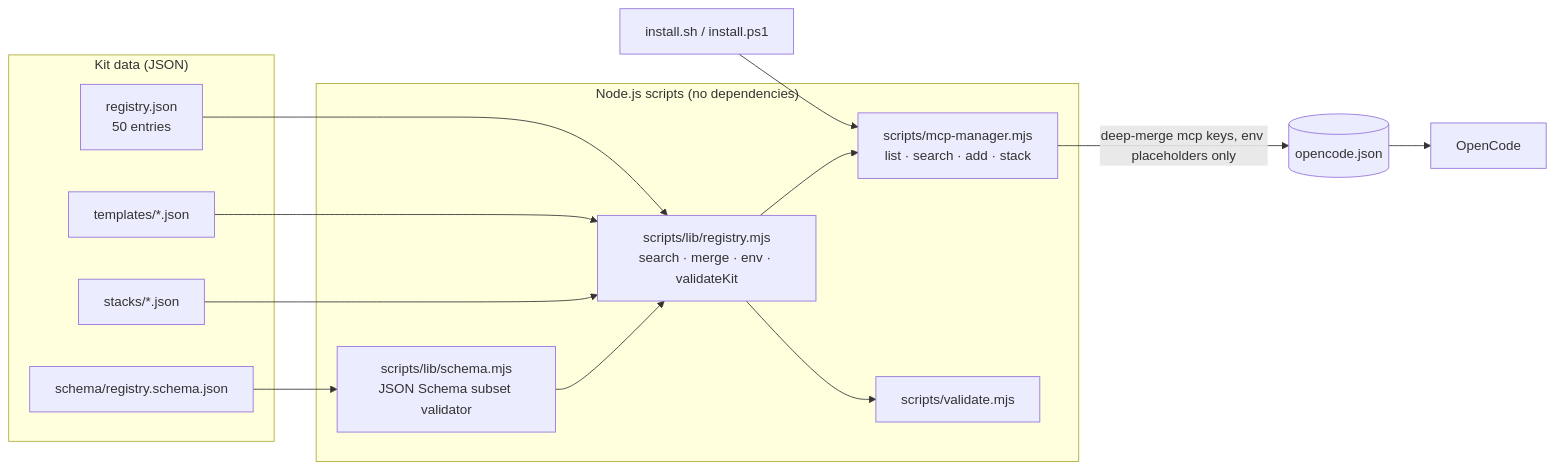
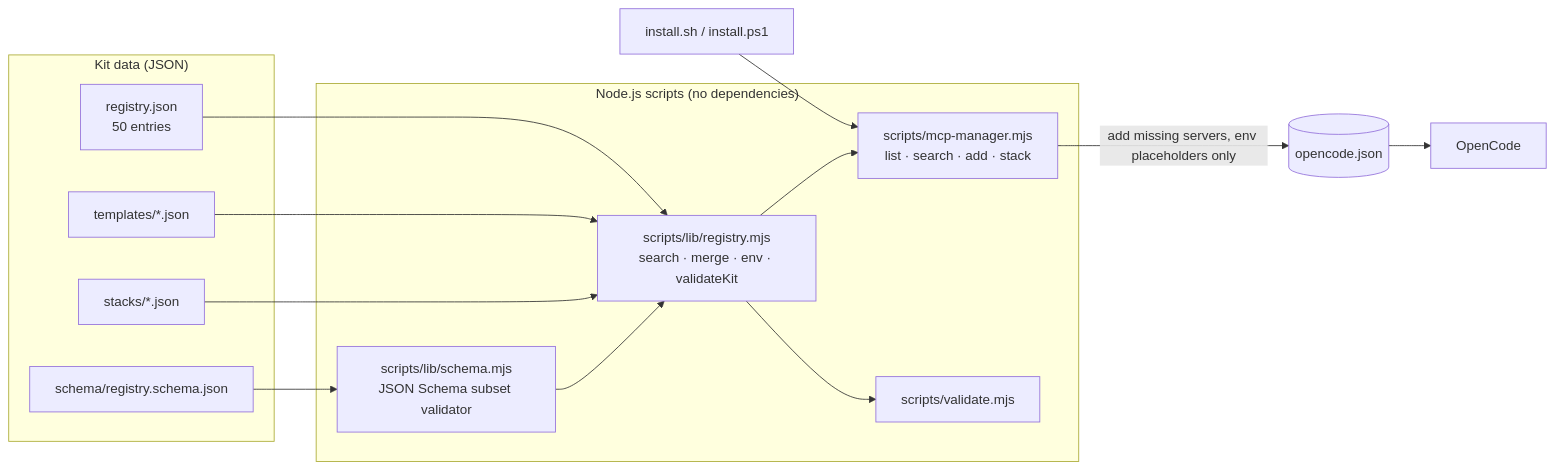
One commit to ai-dev-2024/opencode-superapp changed the diagram in README.md. Above: the diagram before and after it, drawn with Mermaid. The commit also changed other lines of this file and 7 other files, not shown here.

````diff
--- a/README.md
+++ b/README.md
@@ -142,24 +143,24 @@
 ```mermaid
 flowchart LR
   subgraph Data["Kit data (JSON)"]
     R[registry.json<br/>50 entries]
     S[schema/registry.schema.json]
     T["templates/*.json"]
     K["stacks/*.json"]
   end
   subgraph Code["Node.js scripts (no dependencies)"]
     L[scripts/lib/registry.mjs<br/>search · merge · env · validateKit]
     V[scripts/lib/schema.mjs<br/>JSON Schema subset validator]
     M[scripts/mcp-manager.mjs<br/>list · search · add · stack]
     VA[scripts/validate.mjs]
   end
   I[install.sh / install.ps1] --> M
   R --> L
   T --> L
   K --> L
   S --> V --> L
   L --> M
   L --> VA
-  M -->|"deep-merge mcp keys, env placeholders only"| O[("opencode.json")]
+  M -->|"add missing servers, env placeholders only"| O[("opencode.json")]
   O --> OC[OpenCode]
 ```
````
